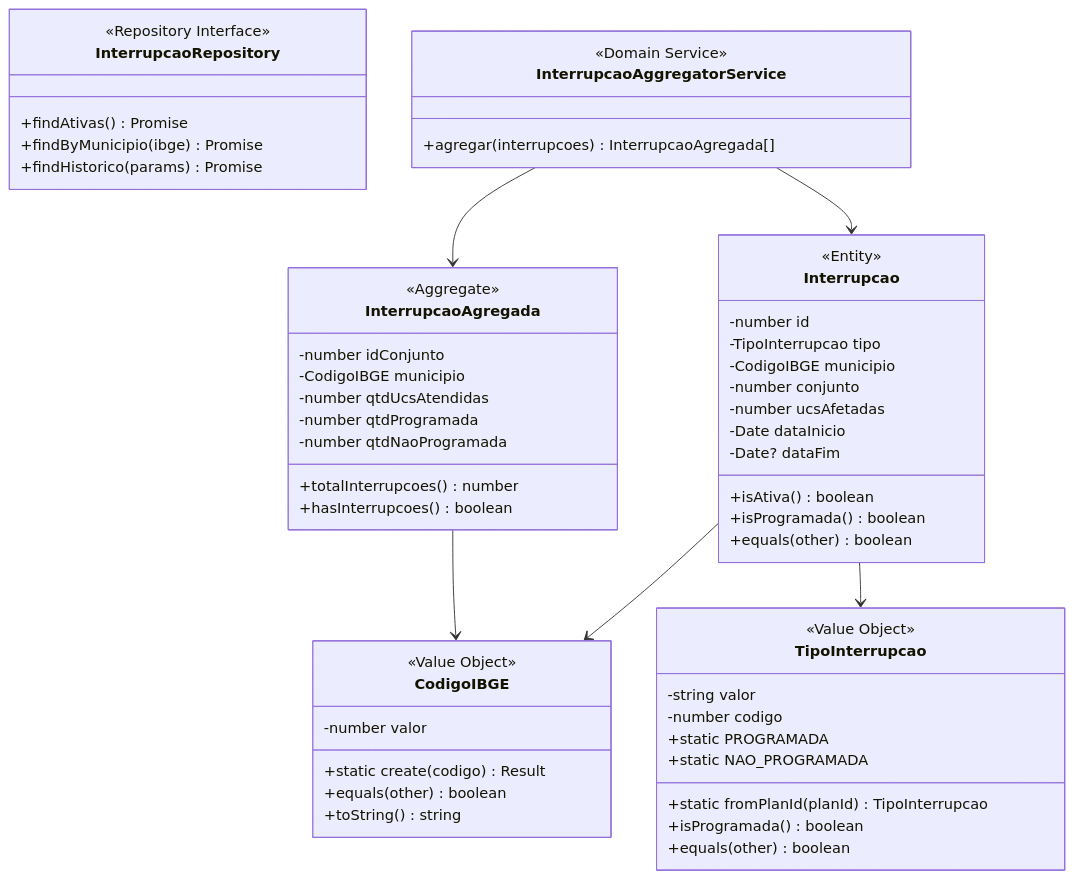
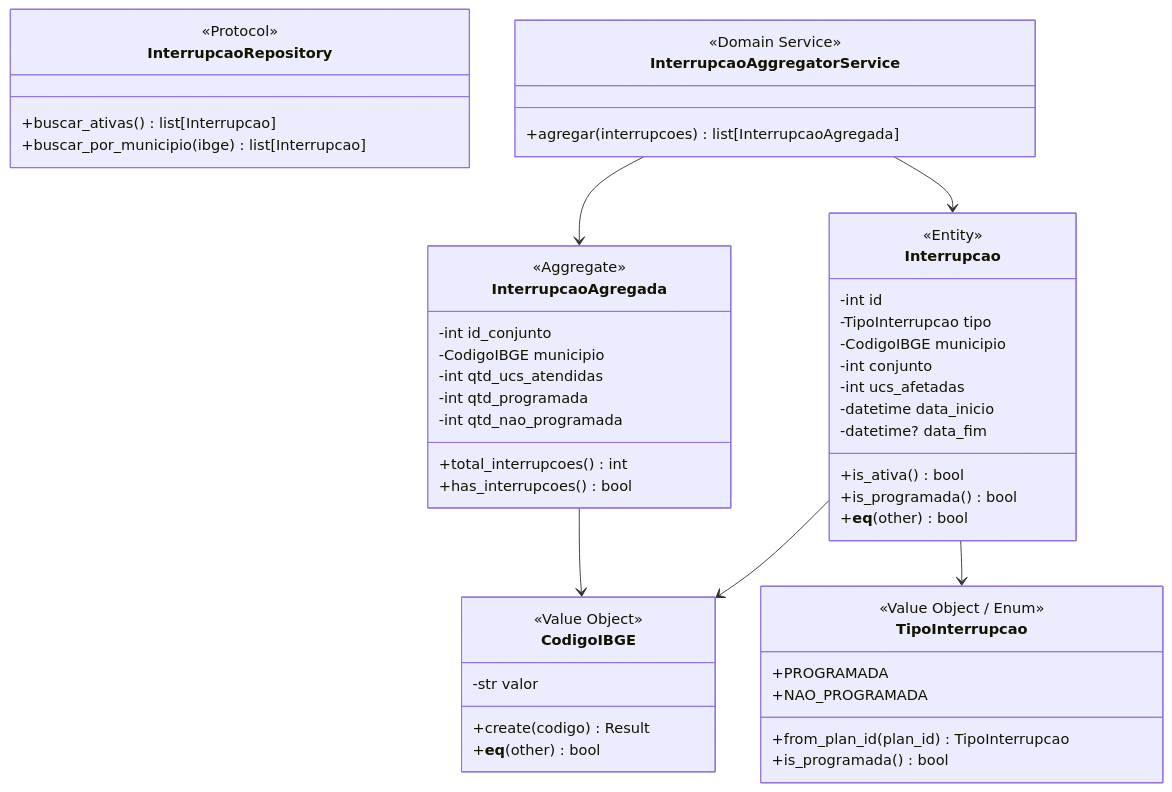
The third of 3 diagrams in docs/development/03-domain-driven-design.md (devenergia/radar), drawn with Mermaid before and after one commit. The commit also changed other lines of this file and 5 other files, not shown here.

````diff
--- a/docs/development/03-domain-driven-design.md
+++ b/docs/development/03-domain-driven-design.md
@@ -442,64 +424,59 @@
 ```mermaid
 classDiagram
     class Interrupcao {
         <<Entity>>
-        -number id
+        -int id
         -TipoInterrupcao tipo
         -CodigoIBGE municipio
-        -number conjunto
-        -number ucsAfetadas
-        -Date dataInicio
-        -Date? dataFim
-        +isAtiva() boolean
-        +isProgramada() boolean
-        +equals(other) boolean
+        -int conjunto
+        -int ucs_afetadas
+        -datetime data_inicio
+        -datetime? data_fim
+        +is_ativa() bool
+        +is_programada() bool
+        +__eq__(other) bool
     }
 
     class InterrupcaoAgregada {
         <<Aggregate>>
-        -number idConjunto
+        -int id_conjunto
         -CodigoIBGE municipio
-        -number qtdUcsAtendidas
-        -number qtdProgramada
-        -number qtdNaoProgramada
-        +totalInterrupcoes() number
-        +hasInterrupcoes() boolean
+        -int qtd_ucs_atendidas
+        -int qtd_programada
+        -int qtd_nao_programada
+        +total_interrupcoes() int
+        +has_interrupcoes() bool
     }
 
     class CodigoIBGE {
         <<Value Object>>
-        -number valor
-        +static create(codigo) Result
-        +equals(other) boolean
-        +toString() string
+        -str valor
+        +create(codigo) Result
+        +__eq__(other) bool
     }
 
     class TipoInterrupcao {
-        <<Value Object>>
-        -string valor
-        -number codigo
-        +static PROGRAMADA
-        +static NAO_PROGRAMADA
-        +static fromPlanId(planId) TipoInterrupcao
-        +isProgramada() boolean
-        +equals(other) boolean
+        <<Value Object / Enum>>
+        +PROGRAMADA
+        +NAO_PROGRAMADA
+        +from_plan_id(plan_id) TipoInterrupcao
+        +is_programada() bool
     }
 
     class InterrupcaoRepository {
-        <<Repository Interface>>
-        +findAtivas() Promise
-        +findByMunicipio(ibge) Promise
-        +findHistorico(params) Promise
+        <<Protocol>>
+        +buscar_ativas() list[Interrupcao]
+        +buscar_por_municipio(ibge) list[Interrupcao]
     }
 
     class InterrupcaoAggregatorService {
         <<Domain Service>>
-        +agregar(interrupcoes) InterrupcaoAgregada[]
+        +agregar(interrupcoes) list[InterrupcaoAgregada]
     }
 
     Interrupcao --> CodigoIBGE
     Interrupcao --> TipoInterrupcao
     InterrupcaoAgregada --> CodigoIBGE
     InterrupcaoAggregatorService --> Interrupcao
     InterrupcaoAggregatorService --> InterrupcaoAgregada
 ```
````
